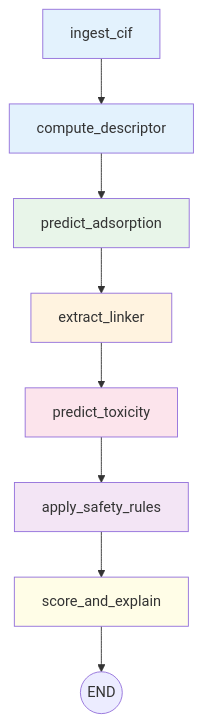
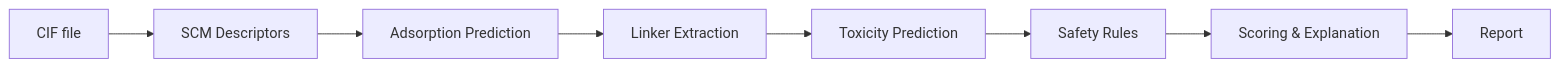
Before and after one commit to andy88836/Safe_mats_demo: the diagram in safe_mats_demo/README.md, drawn with Mermaid. The commit also changed other lines of this file and 3 other files, not shown here.

````diff
--- a/safe_mats_demo/README.md
+++ b/safe_mats_demo/README.md
@@ -102,18 +207,10 @@
 ```mermaid
-graph TD
-    A[ingest_cif] --> B[compute_descriptor]
-    B --> C[predict_adsorption]
-    C --> D[extract_linker]
-    D --> E[predict_toxicity]
-    E --> F[apply_safety_rules]
-    F --> G[score_and_explain]
-    G --> H((END))
-
-    style A fill:#e3f2fd
-    style B fill:#e3f2fd
-    style C fill:#e8f5e9
-    style D fill:#fff3e0
-    style E fill:#fce4ec
-    style F fill:#f3e5f5
-    style G fill:#fffde7
+graph LR
+    A[CIF file] --> B[SCM Descriptors]
+    B --> C[Adsorption Prediction]
+    C --> D[Linker Extraction]
+    D --> E[Toxicity Prediction]
+    E --> F[Safety Rules]
+    F --> G[Scoring & Explanation]
+    G --> H[Report]
 ```
````
